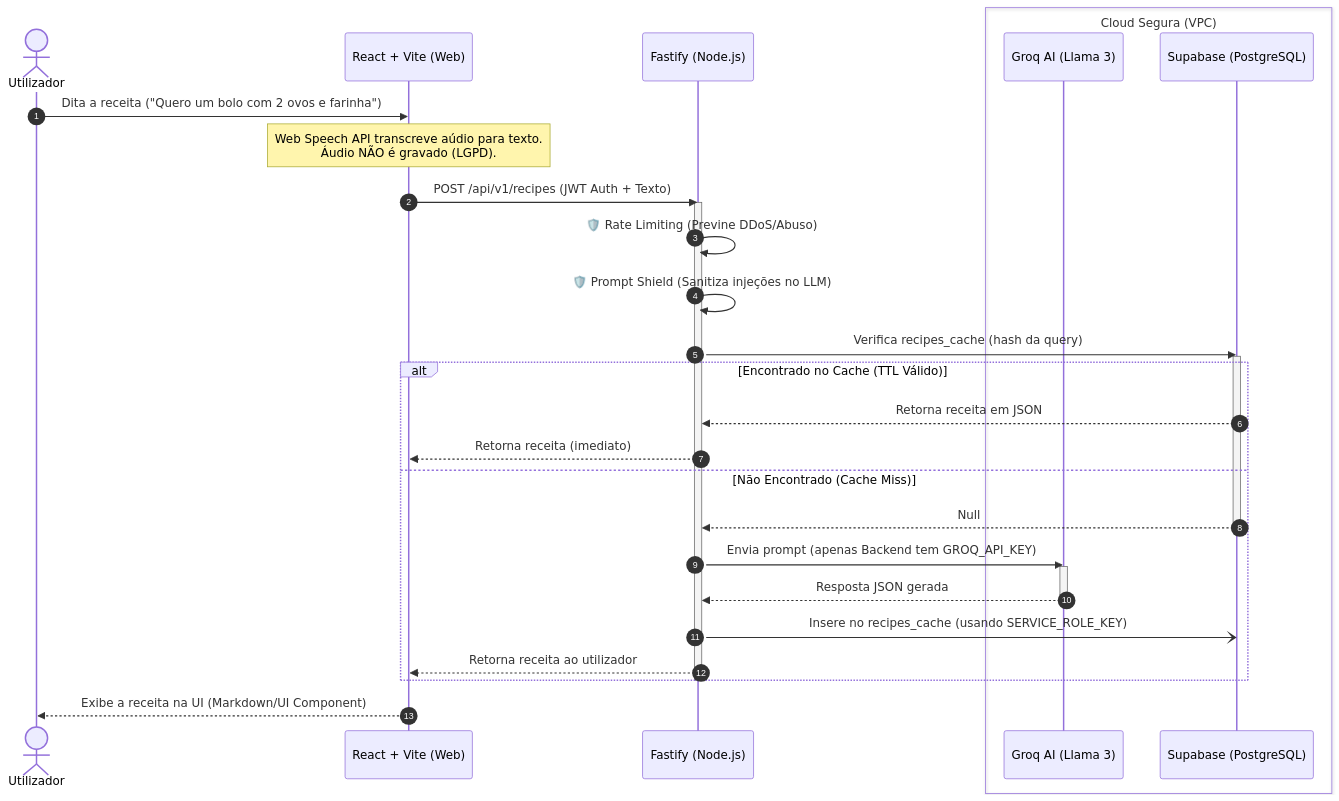
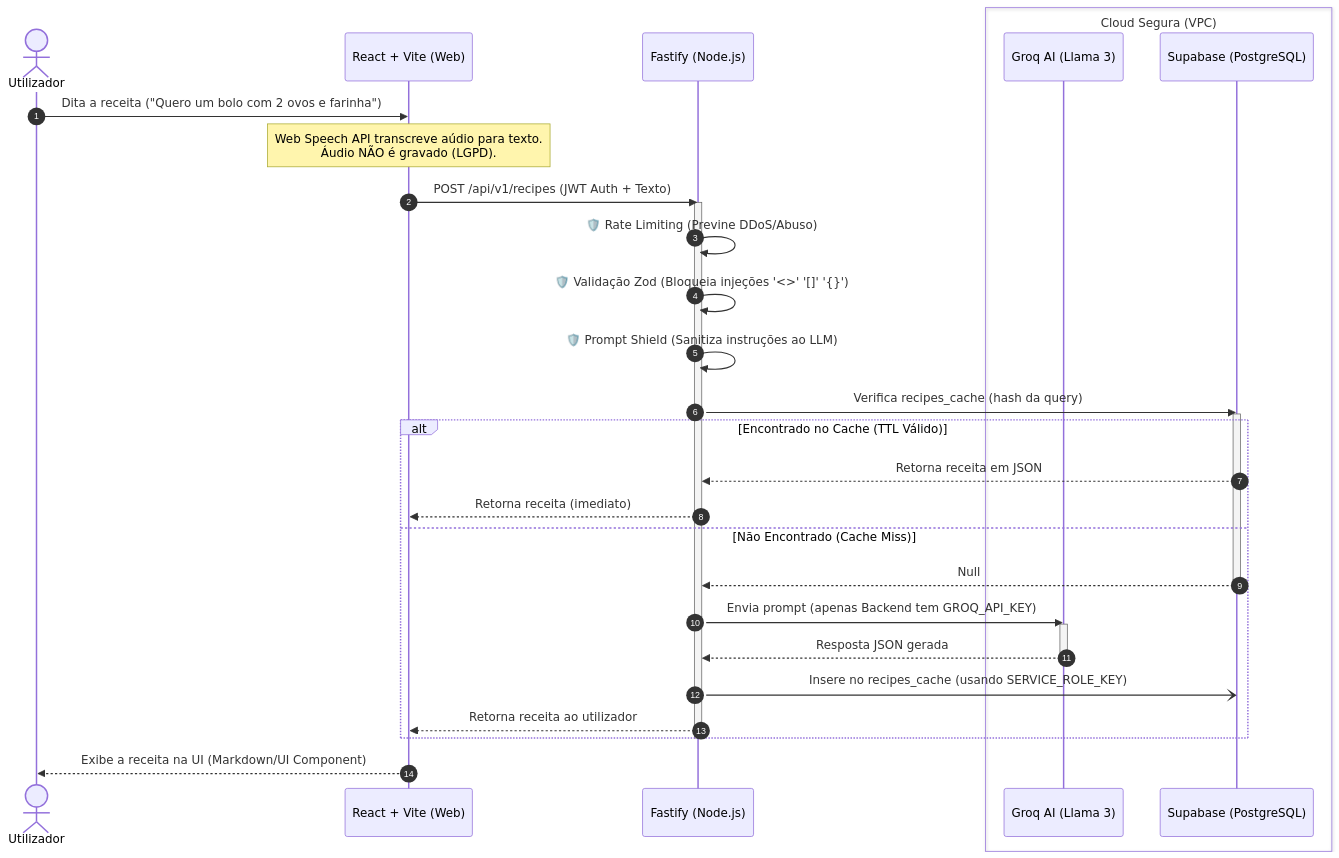
The diagram in docs/arquitetura.md (davydsonmr1/fastcook), drawn with Mermaid before and after one commit. The commit also changed 11 other files, not shown here.

````diff
--- a/docs/arquitetura.md
+++ b/docs/arquitetura.md
@@ -9,52 +9,53 @@
 ```mermaid
 sequenceDiagram
     autonumber
     
     actor Utilizador as Utilizador
     participant Frontend as React + Vite (Web)
     participant Backend as Fastify (Node.js)
     box Cloud Segura (VPC)
         participant Groq as Groq AI (Llama 3)
         participant Supabase as Supabase (PostgreSQL)
     end
 
     %% Passo 1: Captura
     Utilizador->>Frontend: Dita a receita ("Quero um bolo com 2 ovos e farinha")
     note over Frontend: Web Speech API transcreve aúdio para texto.<br/>Áudio NÃO é gravado (LGPD).
     
     %% Passo 2: Request
     Frontend->>Backend: POST /api/v1/recipes (JWT Auth + Texto)
     
     %% Passo 3: Segurança no Backend
     activate Backend
     Backend->>Backend: 🛡️ Rate Limiting (Previne DDoS/Abuso)
-    Backend->>Backend: 🛡️ Prompt Shield (Sanitiza injeções no LLM)
+    Backend->>Backend: 🛡️ Validação Zod (Bloqueia injeções '<>' '[]' '{}')
+    Backend->>Backend: 🛡️ Prompt Shield (Sanitiza instruções ao LLM)
     
     %% Passo 4: Verificação de Cache
     Backend->>Supabase: Verifica recipes_cache (hash da query)
     activate Supabase
     
     alt Encontrado no Cache (TTL Válido)
         Supabase-->>Backend: Retorna receita em JSON
         Backend-->>Frontend: Retorna receita (imediato)
     else Não Encontrado (Cache Miss)
         Supabase-->>Backend: Null
         deactivate Supabase
         
         %% Passo 5: LLM (com chave secreta do Backend)
         Backend->>Groq: Envia prompt (apenas Backend tem GROQ_API_KEY)
         activate Groq
         Groq-->>Backend: Resposta JSON gerada
         deactivate Groq
         
         %% Passo 6: Guardar em Cache (Assíncrono)
         Backend-)Supabase: Insere no recipes_cache (usando SERVICE_ROLE_KEY)
         
         %% Passo 7: Resposta
         Backend-->>Frontend: Retorna receita ao utilizador
     end
     deactivate Backend
     
     %% Passo 8: Renderização
     Frontend-->>Utilizador: Exibe a receita na UI (Markdown/UI Component)
 ```
````
